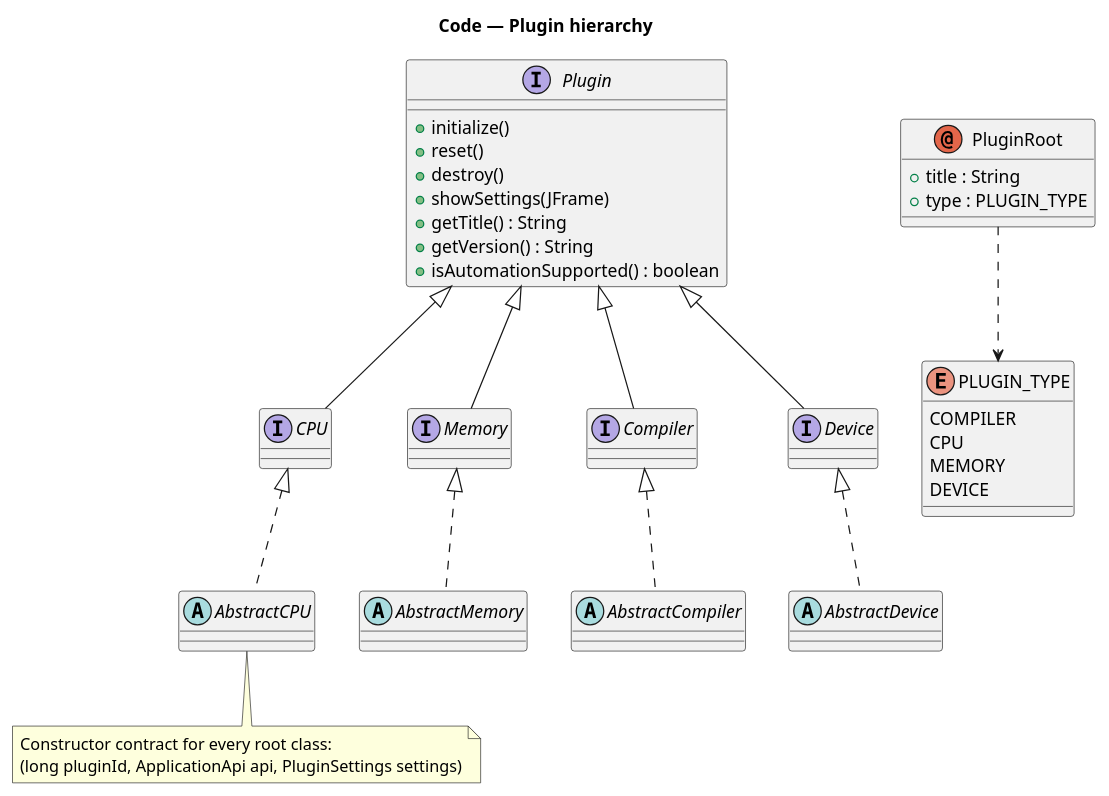
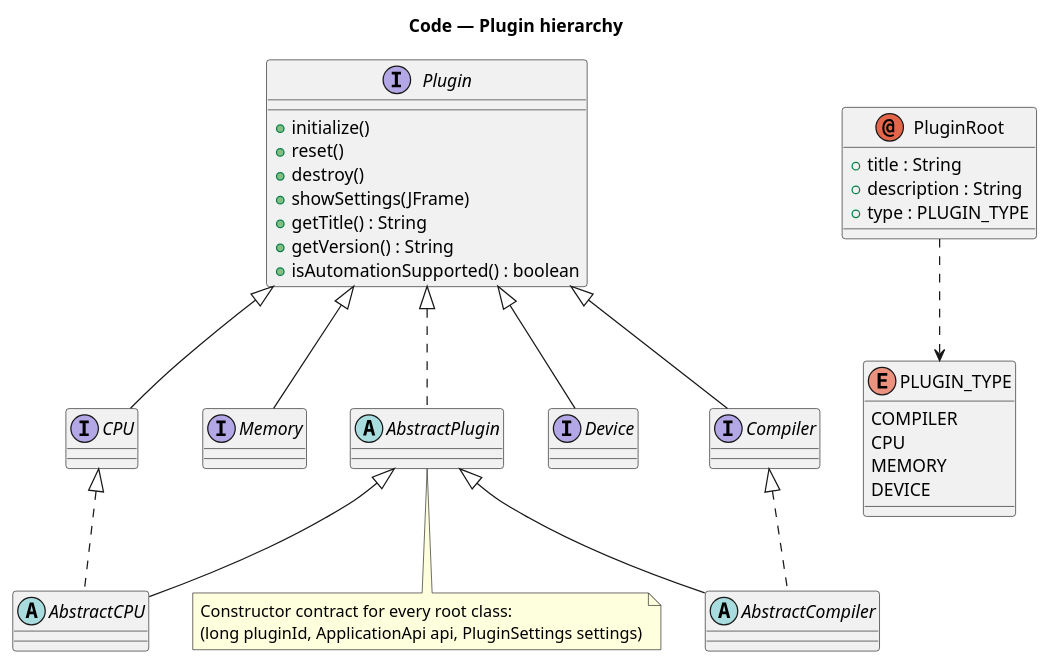
One commit to emustudio/emuLib changed the fourth of 6 diagrams in docs/architecture.adoc. Above: the diagram before and after it, drawn with PlantUML. The commit also changed other lines of this file and 101 other files, not shown here.

```diff
--- a/docs/architecture.adoc
+++ b/docs/architecture.adoc
@@ -293,53 +292,54 @@
 [plantuml,c4-l4-plugin,svg]
 ....
 @startuml
 title Code — Plugin hierarchy
 
 interface Plugin {
   +initialize()
   +reset()
   +destroy()
   +showSettings(JFrame)
   +getTitle() : String
   +getVersion() : String
   +isAutomationSupported() : boolean
 }
 
 interface CPU
 interface Memory
 interface Compiler
 interface Device
 
 Plugin <|-- CPU
 Plugin <|-- Memory
 Plugin <|-- Compiler
 Plugin <|-- Device
 
+abstract class AbstractPlugin
 abstract class AbstractCPU
-abstract class AbstractMemory
-abstract class AbstractDevice
 abstract class AbstractCompiler
 
+Plugin <|.. AbstractPlugin
+AbstractPlugin <|-- AbstractCPU
+AbstractPlugin <|-- AbstractCompiler
 CPU <|.. AbstractCPU
-Memory <|.. AbstractMemory
-Device <|.. AbstractDevice
 Compiler <|.. AbstractCompiler
 
 annotation PluginRoot {
   +title : String
+  +description : String
   +type : PLUGIN_TYPE
 }
 enum PLUGIN_TYPE {
   COMPILER
   CPU
   MEMORY
   DEVICE
 }
 PluginRoot ..> PLUGIN_TYPE
 
-note bottom of AbstractCPU
+note bottom of AbstractPlugin
   Constructor contract for every root class:
   (long pluginId, ApplicationApi api, PluginSettings settings)
 end note
 @enduml
 ....
```
